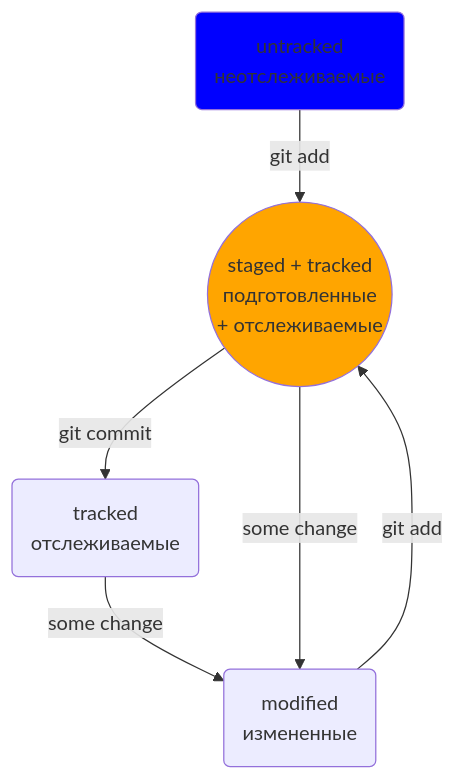
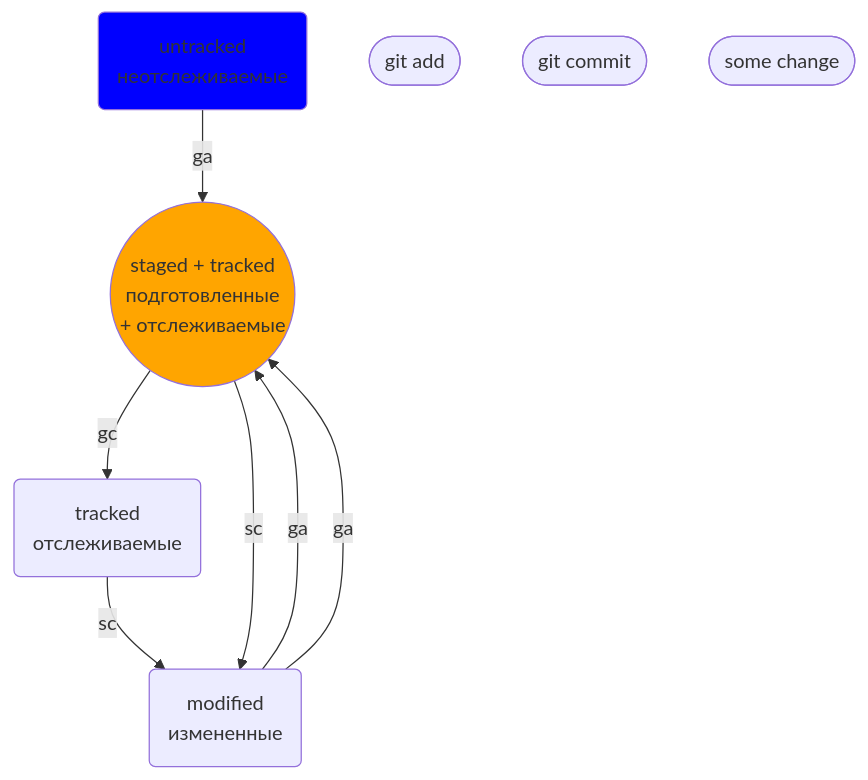
The diagram in README.md (AleksandrVakarin/GitInstructionMermaid), drawn with Mermaid before and after one commit.

````diff
--- a/README.md
+++ b/README.md
@@ -93,15 +93,21 @@
 ```mermaid
 flowchart TD;
 	
 	stgd((staged + tracked<br>подготовленные<br> + отслеживаемые))
 	mdf(modified<br>измененные)
 	untr(untracked<br>неотслеживаемые)
 	trcd(tracked<br>отслеживаемые)
 
-	untr-- git add -->stgd-- git commit -->trcd
-	trcd-- some change -->mdf-- git add --> stgd
-	stgd-- some change -->mdf
+	ga([git add])
+	gc([git commit])
+	sc([some change])
+
+
+	untr-- ga -->stgd
+	mdf-- ga -->stgd-- gc -->trcd
+	trcd-- sc -->mdf-- ga --> stgd
+	stgd-- sc -->mdf
 
 	style stgd fill: orange
 	style untr fill: blue
 ```
````
